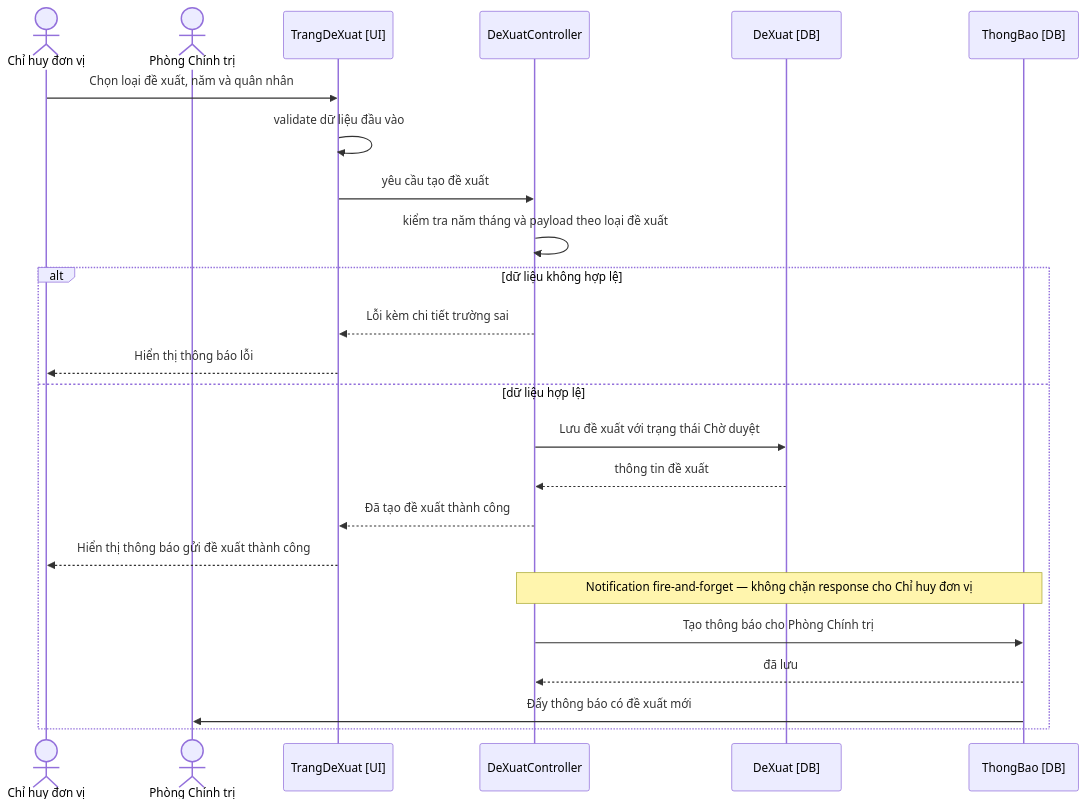
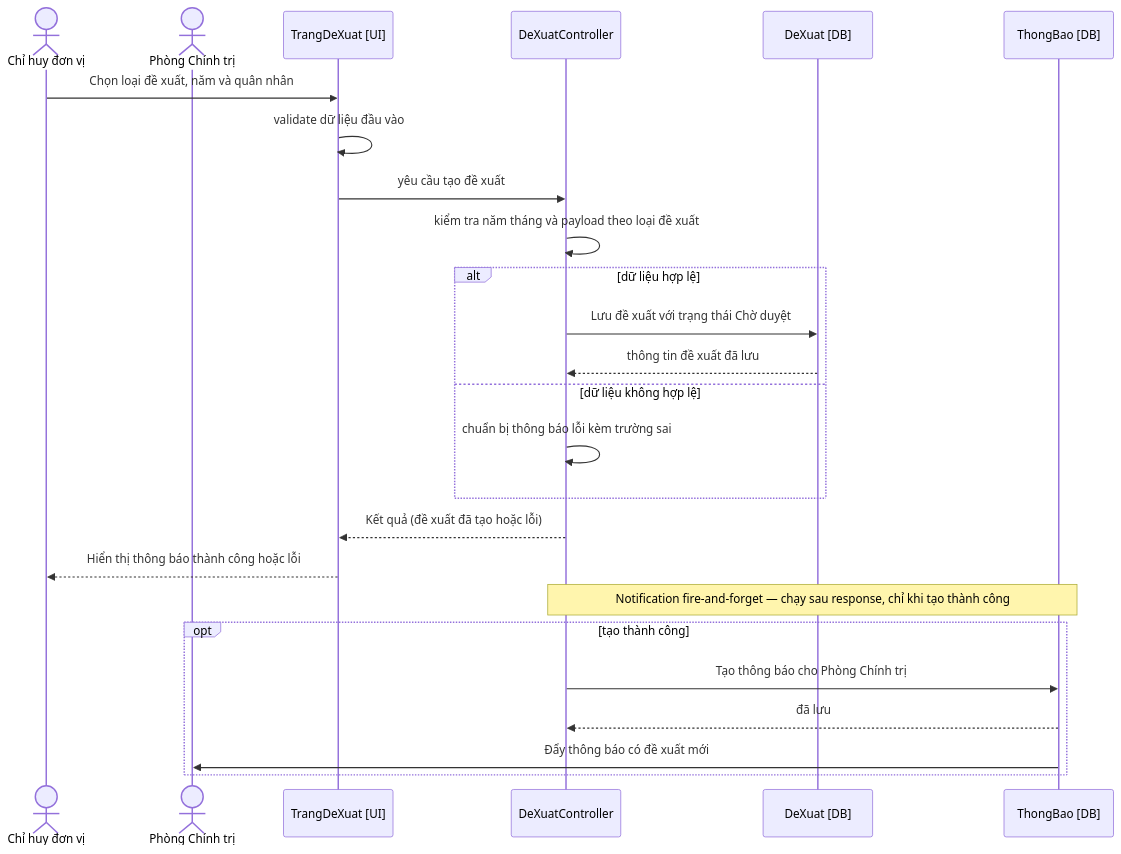
Before and after one commit to tranducbk/DATN_PM_QLKT: the second of 9 diagrams in docs/diagrams/05-sequence.md, drawn with Mermaid. The commit also changed other lines of this file and 69 other files, not shown here.

````diff
--- a/docs/diagrams/05-sequence.md
+++ b/docs/diagrams/05-sequence.md
@@ -43,29 +57,31 @@
 ```mermaid
 sequenceDiagram
     actor MGR as Chỉ huy đơn vị
     actor ADM as Phòng Chính trị
     participant Page as TrangDeXuat [UI]
     participant Ctrl as DeXuatController
     participant DX as DeXuat [DB]
     participant TB as ThongBao [DB]
 
     MGR->>Page: Chọn loại đề xuất, năm và quân nhân
     Page->>Page: validate dữ liệu đầu vào
     Page->>Ctrl: yêu cầu tạo đề xuất
     Ctrl->>Ctrl: kiểm tra năm tháng và payload theo loại đề xuất
 
-    alt dữ liệu không hợp lệ
-        Ctrl-->>Page: Lỗi kèm chi tiết trường sai
-        Page-->>MGR: Hiển thị thông báo lỗi
-    else dữ liệu hợp lệ
+    alt dữ liệu hợp lệ
         Ctrl->>DX: Lưu đề xuất với trạng thái Chờ duyệt
-        DX-->>Ctrl: thông tin đề xuất
-        Ctrl-->>Page: Đã tạo đề xuất thành công
-        Page-->>MGR: Hiển thị thông báo gửi đề xuất thành công
+        DX-->>Ctrl: thông tin đề xuất đã lưu
+    else dữ liệu không hợp lệ
+        Ctrl->>Ctrl: chuẩn bị thông báo lỗi kèm trường sai
+    end
 
-        Note over Ctrl,TB: Notification fire-and-forget — không chặn response cho Chỉ huy đơn vị
+    Ctrl-->>Page: Kết quả (đề xuất đã tạo hoặc lỗi)
+    Page-->>MGR: Hiển thị thông báo thành công hoặc lỗi
+
+    Note over Ctrl,TB: Notification fire-and-forget — chạy sau response, chỉ khi tạo thành công
+    opt tạo thành công
         Ctrl->>TB: Tạo thông báo cho Phòng Chính trị
         TB-->>Ctrl: đã lưu
         TB->>ADM: Đẩy thông báo có đề xuất mới
     end
 ```
````
